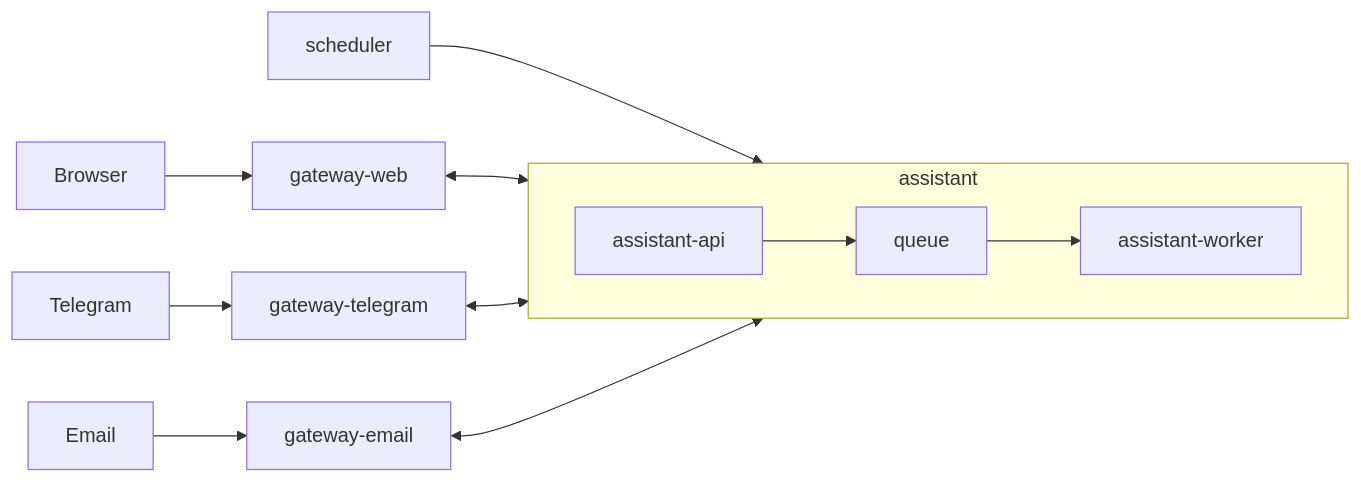
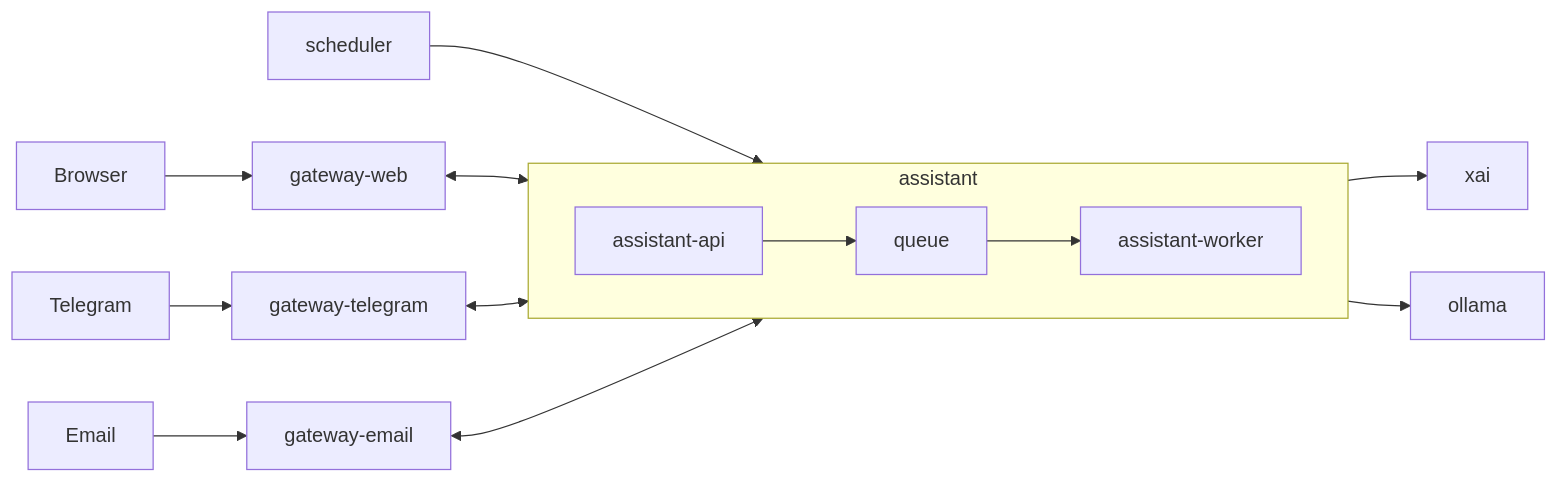
Before and after one commit to vinitu/my-concierge: the diagram in README.md, drawn with Mermaid. The commit also changed other lines of this file and 30 other files, not shown here.

````diff
--- a/README.md
+++ b/README.md
@@ -75,17 +75,19 @@
 ```mermaid
 flowchart LR
     Scheduler["scheduler"] --> Assistant
     Browser["Browser"] --> GW["gateway-web"]
     Telegram["Telegram"] --> GT["gateway-telegram"]
     Email["Email"] --> GE["gateway-email"]
+    Assistant --> XAI["xai"]
+    Assistant --> Ollama["ollama"]
 
     GW <--> Assistant
     GT <--> Assistant
     GE <--> Assistant
 
     subgraph Assistant["assistant"]
         direction LR
         API["assistant-api"] --> Q["queue"]
         Q --> Worker["assistant-worker"]
     end
 ```
````
